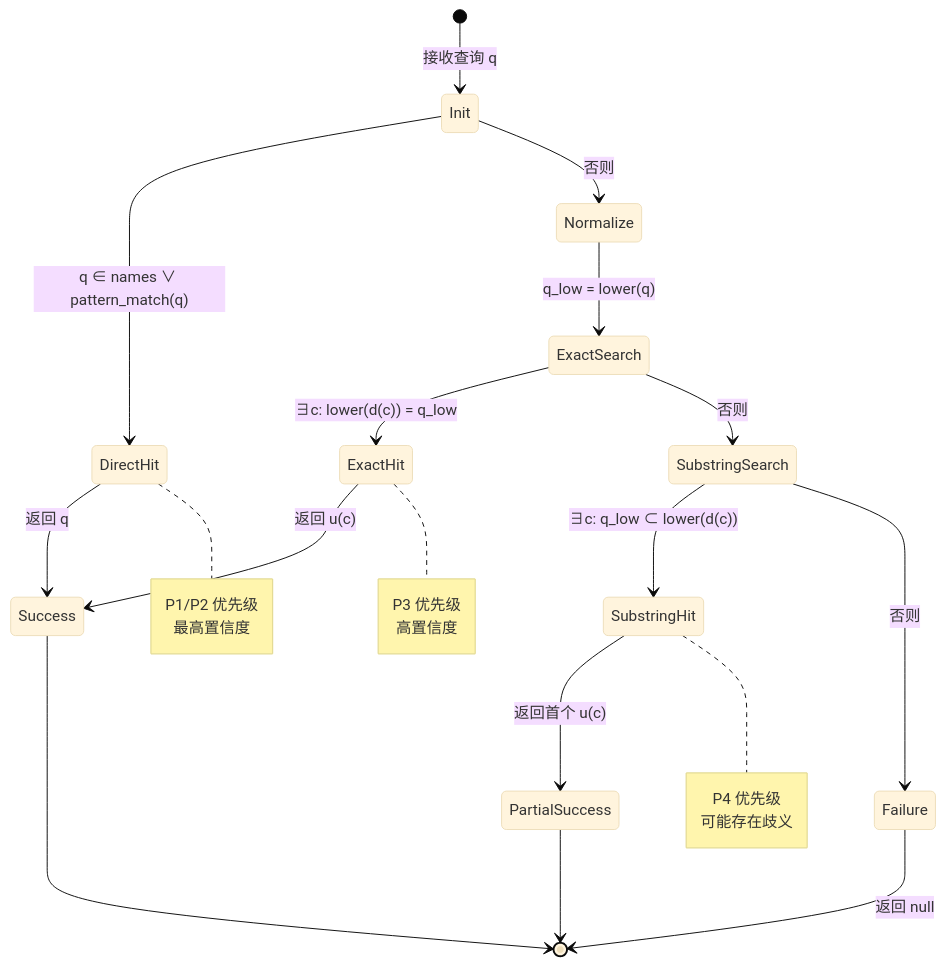
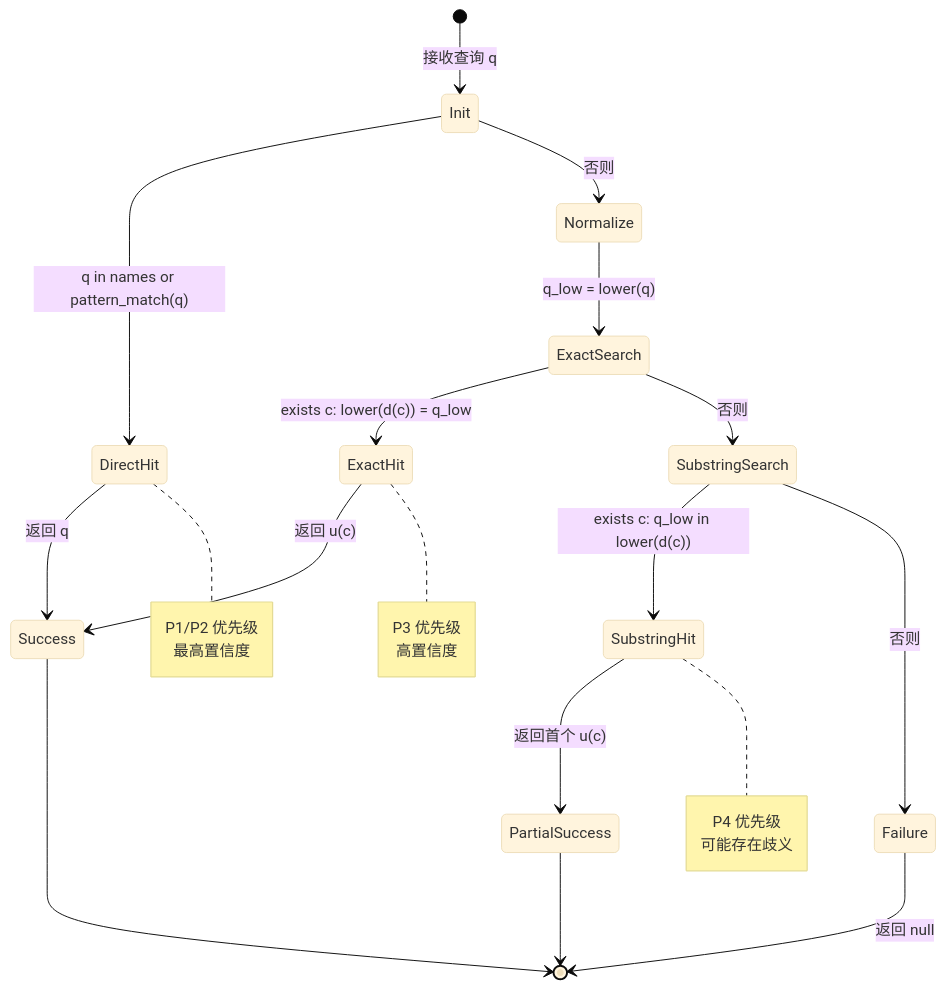
One commit to nerdneilsfield/code-wiki-pages changed the second of 3 diagrams in public/wechat-decrypt/guide-core-algorithms-fuzzy-contact-resolution.md. Above: the diagram before and after it, drawn with Mermaid (base theme). The commit also changed other lines of this file and 21 other files, not shown here.

````diff
--- a/public/wechat-decrypt/guide-core-algorithms-fuzzy-contact-resolution.md
+++ b/public/wechat-decrypt/guide-core-algorithms-fuzzy-contact-resolution.md
@@ -203,38 +203,38 @@
 ```mermaid
 stateDiagram-v2
     [*] --> Init: 接收查询 q
     
-    Init --> DirectHit: q ∈ names ∨ pattern_match(q)
+    Init --> DirectHit: q in names or pattern_match(q)
     Init --> Normalize: 否则
-    
+
     DirectHit --> Success: 返回 q
     Normalize --> ExactSearch: q_low = lower(q)
-    
-    ExactSearch --> ExactHit: ∃c: lower(d(c)) = q_low
+
+    ExactSearch --> ExactHit: exists c: lower(d(c)) = q_low
     ExactSearch --> SubstringSearch: 否则
-    
+
     ExactHit --> Success: 返回 u(c)
-    SubstringSearch --> SubstringHit: ∃c: q_low ⊂ lower(d(c))
+    SubstringSearch --> SubstringHit: exists c: q_low in lower(d(c))
     SubstringSearch --> Failure: 否则
     
     SubstringHit --> PartialSuccess: 返回首个 u(c)
     Failure --> [*]: 返回 null
     
     Success --> [*]
     PartialSuccess --> [*]
     
     note right of DirectHit
         P1/P2 优先级
         最高置信度
     end note
     
     note right of ExactHit
         P3 优先级
         高置信度
     end note
     
     note right of SubstringHit
         P4 优先级
         可能存在歧义
     end note
 ```
````
